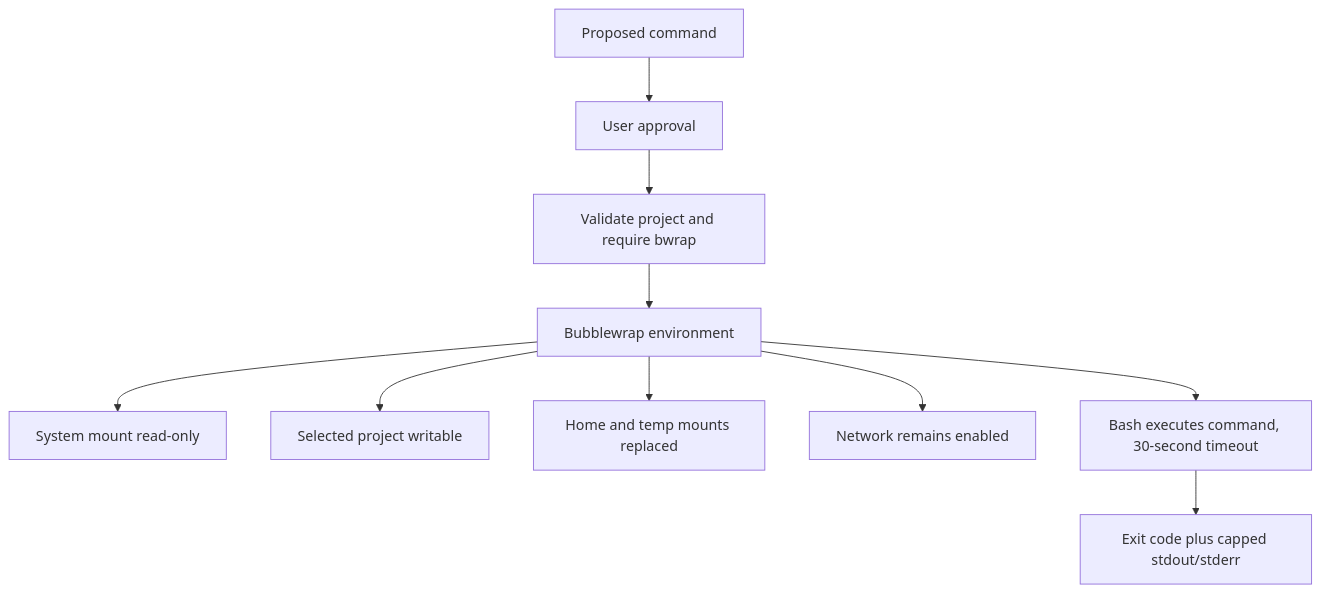
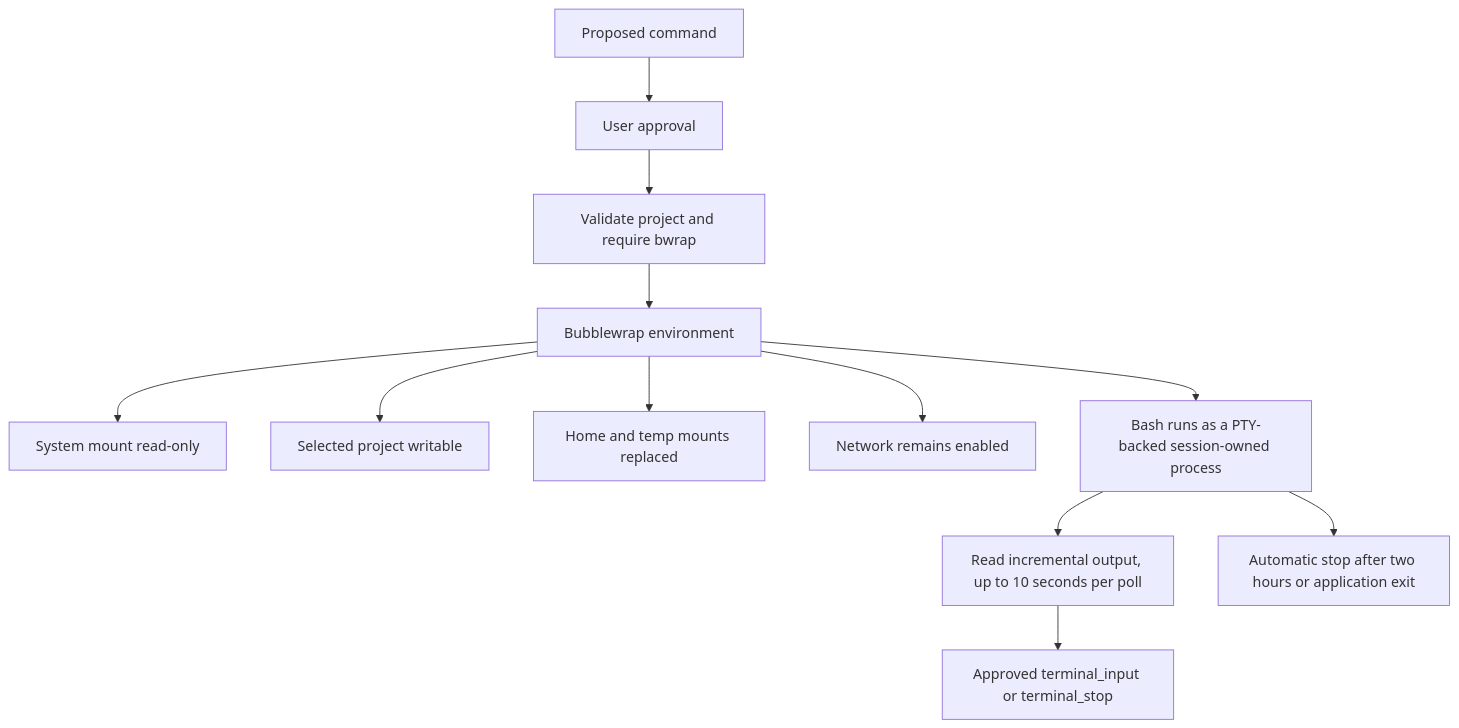
One commit to MetalCloth/mini-hermes changed the sixth of 6 diagrams in src/docs/06-tools-files-terminal-and-undo.md. Above: the diagram before and after it, drawn with Mermaid. The commit also changed other lines of this file and 35 other files, not shown here.

````diff
--- a/src/docs/06-tools-files-terminal-and-undo.md
+++ b/src/docs/06-tools-files-terminal-and-undo.md
@@ -345,12 +345,14 @@
 ```mermaid
 flowchart TD
     C["Proposed command"] --> A["User approval"]
     A --> V["Validate project and require bwrap"]
     V --> B["Bubblewrap environment"]
     B --> R["System mount read-only"]
     B --> P["Selected project writable"]
     B --> H["Home and temp mounts replaced"]
     B --> N["Network remains enabled"]
-    B --> S["Bash executes command, 30-second timeout"]
-    S --> O["Exit code plus capped stdout/stderr"]
+    B --> S["Bash runs as a PTY-backed session-owned process"]
+    S --> O["Read incremental output, up to 10 seconds per poll"]
+    O --> I["Approved terminal_input or terminal_stop"]
+    S --> T["Automatic stop after two hours or application exit"]
 ```
````
